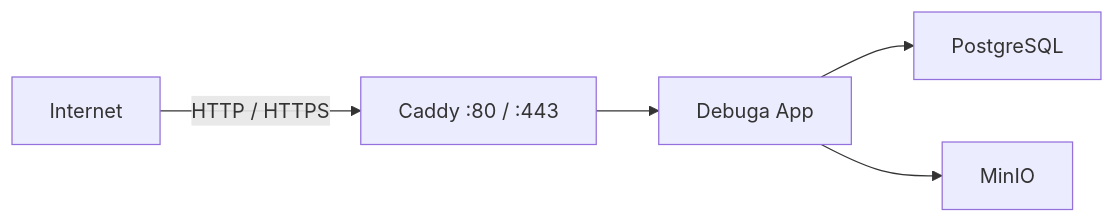
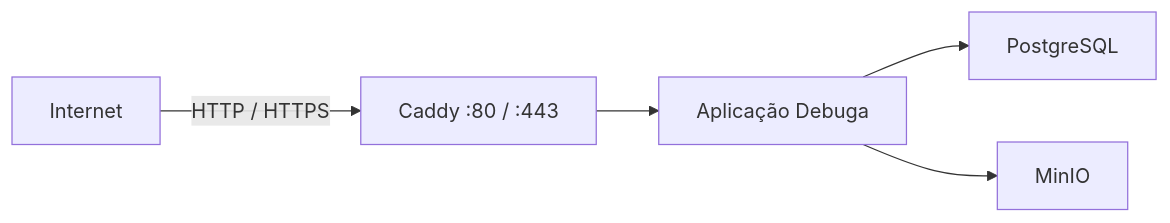
The fourth of 6 diagrams in README.md (SperryTecnologia/debuga-community), drawn with Mermaid before and after one commit. The commit also changed other lines of this file and 4 other files, not shown here.

````diff
--- a/README.md
+++ b/README.md
@@ -191,13 +201,13 @@
 ```mermaid
 flowchart LR
     INTERNET["Internet"]
     CADDY["Caddy :80 / :443"]
-    APP["Debuga App"]
+    APP["Aplicação Debuga"]
     DB["PostgreSQL"]
     MINIO["MinIO"]
 
     INTERNET -->|HTTP / HTTPS| CADDY
     CADDY --> APP
     APP --> DB
     APP --> MINIO
 ```
````
